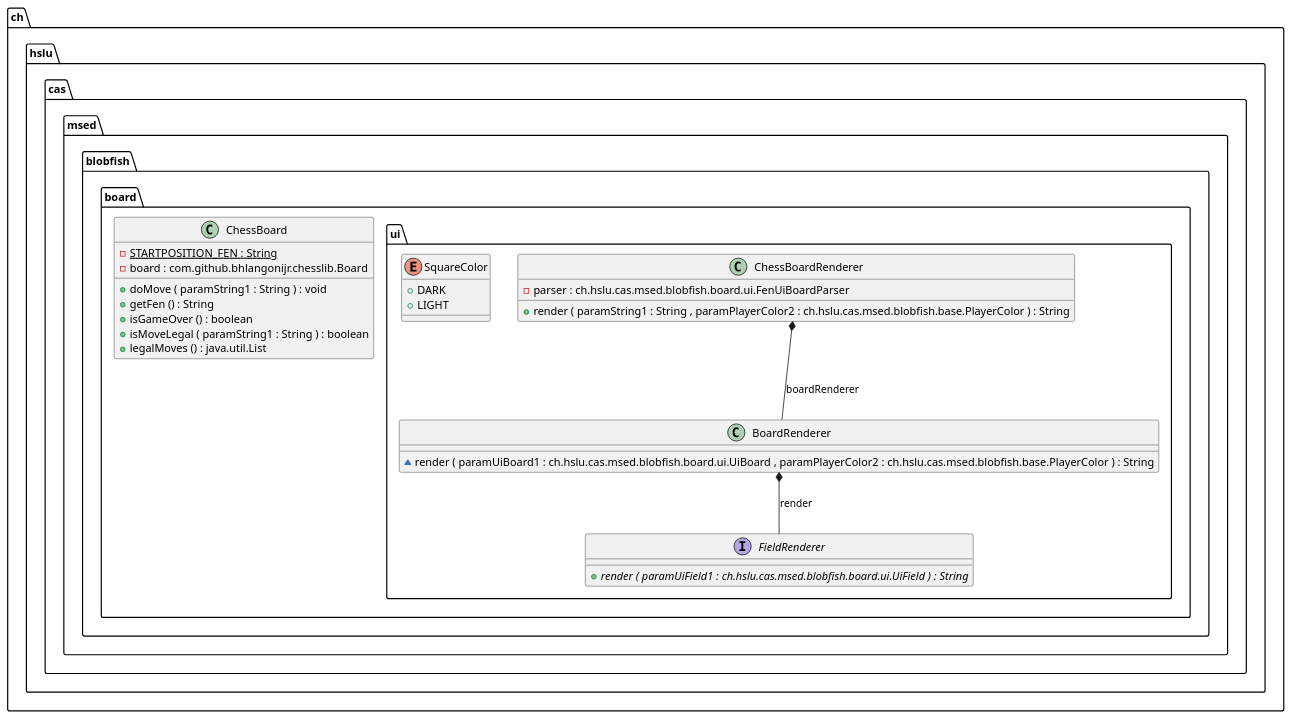
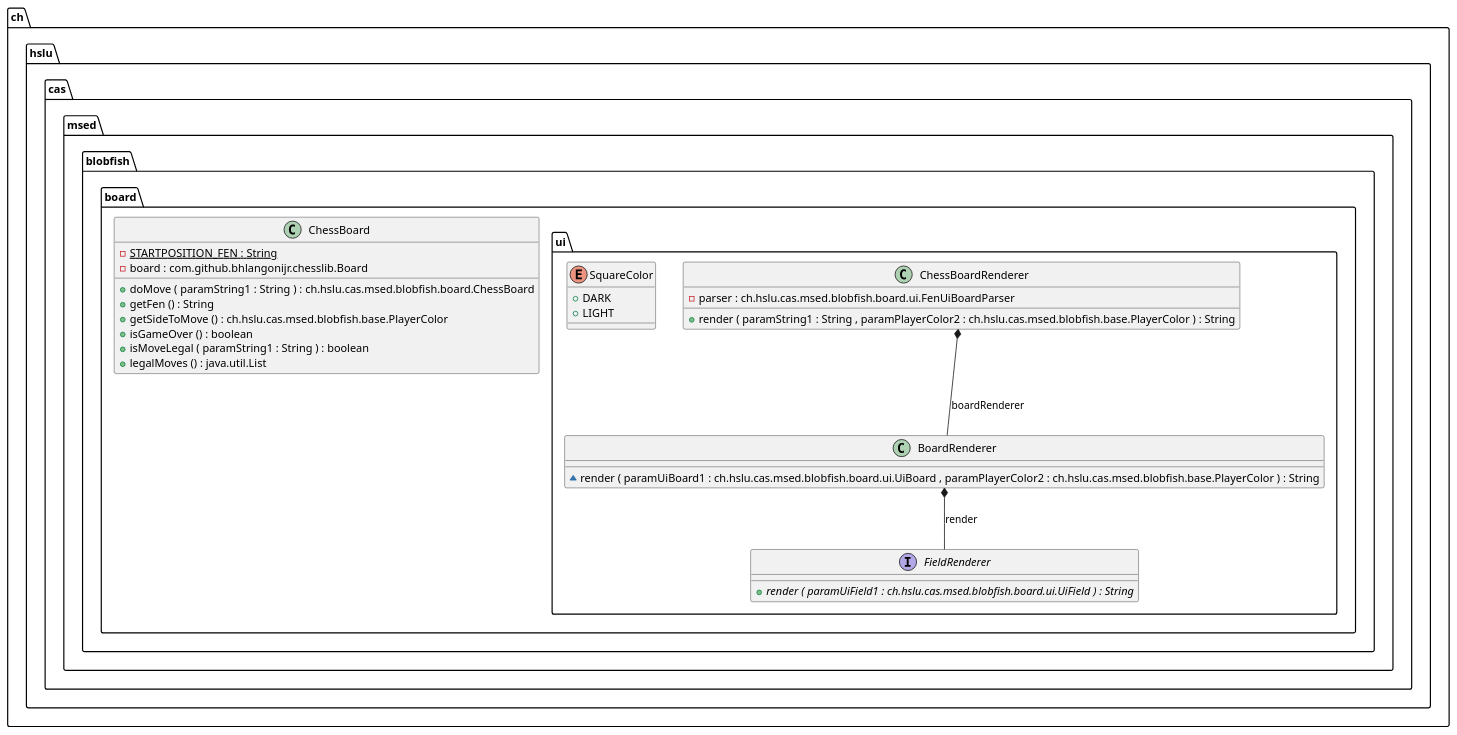
The diagram in docs/generated-diagrams/board.puml (l2c0r3/blobfish), drawn with PlantUML before and after one commit. The commit also changed 3 other files, not shown here.

Commit message:
update generated UML diagrams

```diff
--- a/docs/generated-diagrams/board.puml
+++ b/docs/generated-diagrams/board.puml
@@ -1,42 +1,43 @@
 @startuml
 
 class ch.hslu.cas.msed.blobfish.board.ChessBoard {
 	{field} {static} -STARTPOSITION_FEN : String
 	{field} -board : com.github.bhlangonijr.chesslib.Board
-	{method} +doMove ( paramString1 : String ) : void
+	{method} +doMove ( paramString1 : String ) : ch.hslu.cas.msed.blobfish.board.ChessBoard
 	{method} +getFen () : String
+	{method} +getSideToMove () : ch.hslu.cas.msed.blobfish.base.PlayerColor
 	{method} +isGameOver () : boolean
 	{method} +isMoveLegal ( paramString1 : String ) : boolean
 	{method} +legalMoves () : java.util.List
 }
 
 
 class ch.hslu.cas.msed.blobfish.board.ui.BoardRenderer {
 	{method} ~render ( paramUiBoard1 : ch.hslu.cas.msed.blobfish.board.ui.UiBoard , paramPlayerColor2 : ch.hslu.cas.msed.blobfish.base.PlayerColor ) : String
 }
 
 
 class ch.hslu.cas.msed.blobfish.board.ui.ChessBoardRenderer {
 	{field} -parser : ch.hslu.cas.msed.blobfish.board.ui.FenUiBoardParser
 	{method} +render ( paramString1 : String , paramPlayerColor2 : ch.hslu.cas.msed.blobfish.base.PlayerColor ) : String
 }
 
 
 interface ch.hslu.cas.msed.blobfish.board.ui.FieldRenderer {
 	{method}  {abstract} +render ( paramUiField1 : ch.hslu.cas.msed.blobfish.board.ui.UiField ) : String
 }
 
 
 enum ch.hslu.cas.msed.blobfish.board.ui.SquareColor {
 	{field} +DARK
 	{field} +LIGHT
 }
 
 
 
 
 ch.hslu.cas.msed.blobfish.board.ui.BoardRenderer *--  ch.hslu.cas.msed.blobfish.board.ui.FieldRenderer : render
 ch.hslu.cas.msed.blobfish.board.ui.ChessBoardRenderer *--  ch.hslu.cas.msed.blobfish.board.ui.BoardRenderer : boardRenderer
 
 
 @enduml
```
